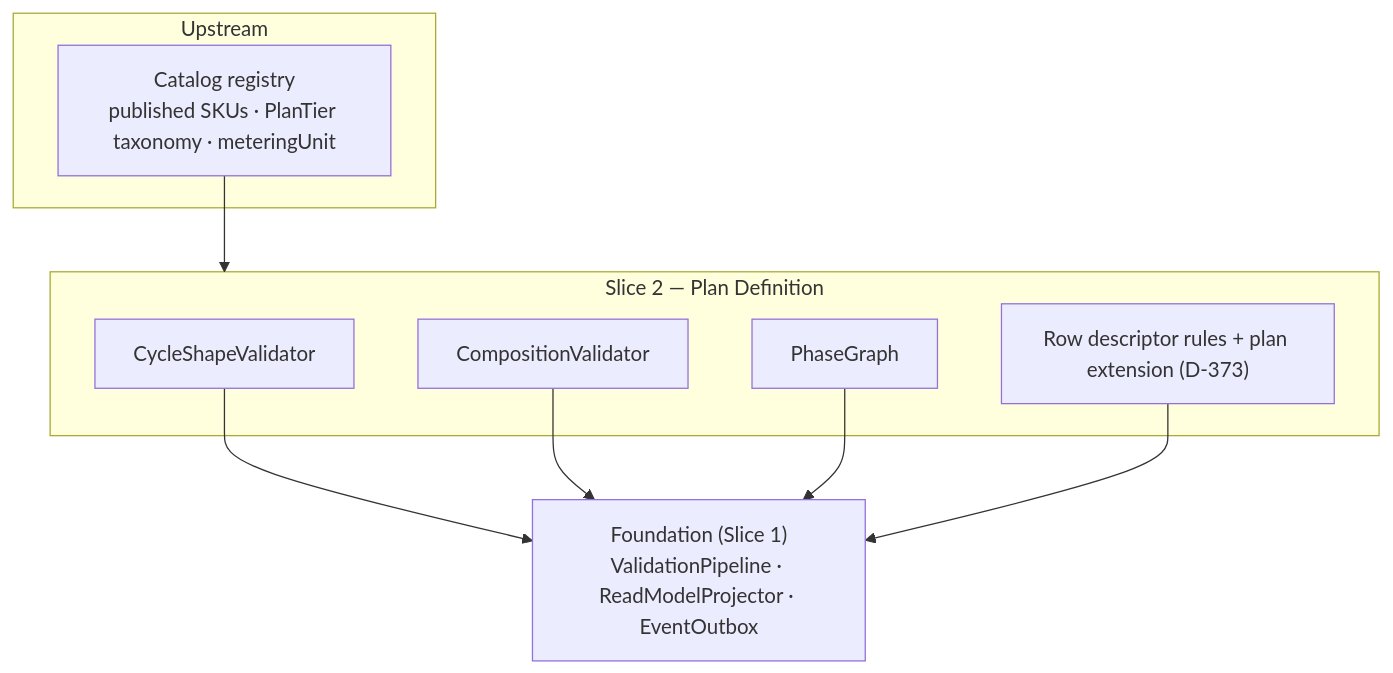
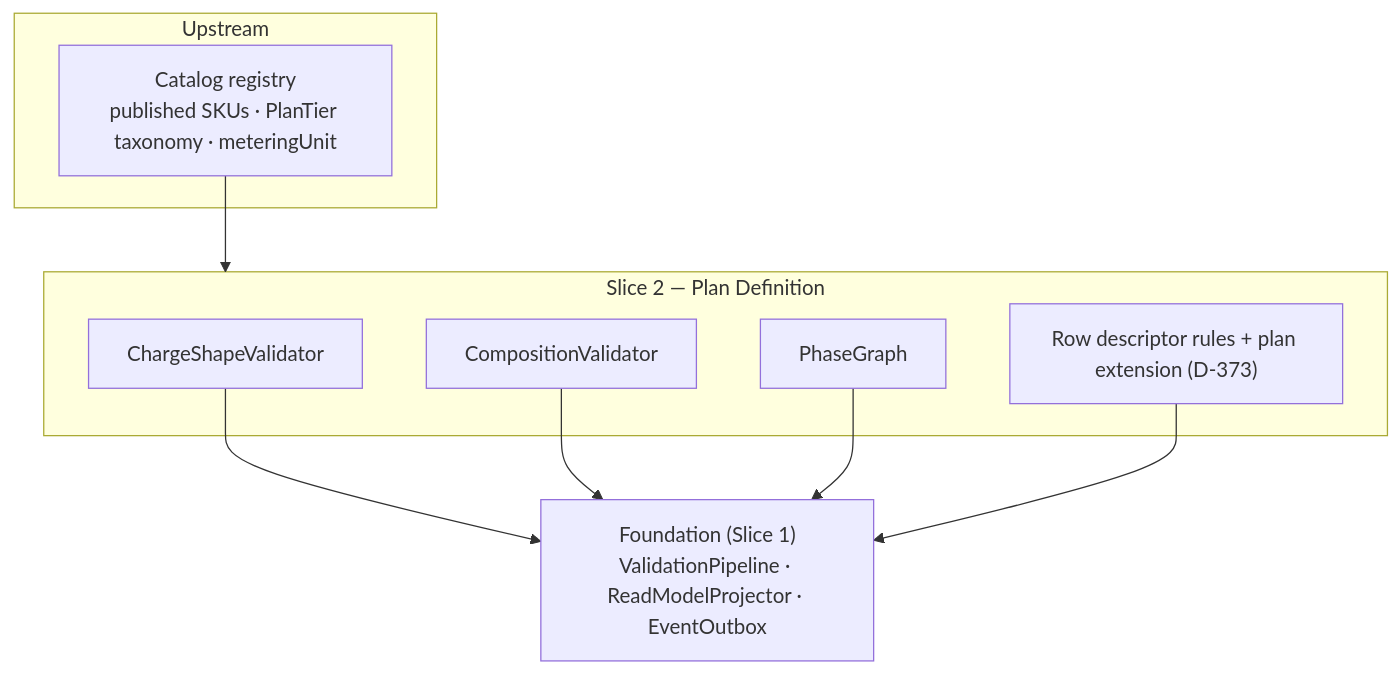
One commit to diffora/gears-rust changed the diagram in gears/bss/pricing/docs/design/02-plan-definition.md. Above: the diagram before and after it, drawn with Mermaid. The commit also changed other lines of this file and 97 other files, not shown here.

````diff
--- a/gears/bss/pricing/docs/design/02-plan-definition.md
+++ b/gears/bss/pricing/docs/design/02-plan-definition.md
@@ -139,18 +139,18 @@
 ```mermaid
 flowchart TB
     subgraph upstream["Upstream"]
         REG["Catalog registry<br/>published SKUs · PlanTier taxonomy · meteringUnit"]
     end
     subgraph s2["Slice 2 — Plan Definition"]
-        CSV["CycleShapeValidator"]
+        CSV["ChargeShapeValidator"]
         CMP["CompositionValidator"]
         PHG["PhaseGraph"]
         DSC["Row descriptor rules + plan extension (D-373)"]
     end
     FND["Foundation (Slice 1)<br/>ValidationPipeline · ReadModelProjector · EventOutbox"]
     REG --> s2
     CSV --> FND
     CMP --> FND
     PHG --> FND
     DSC --> FND
 ```
````
